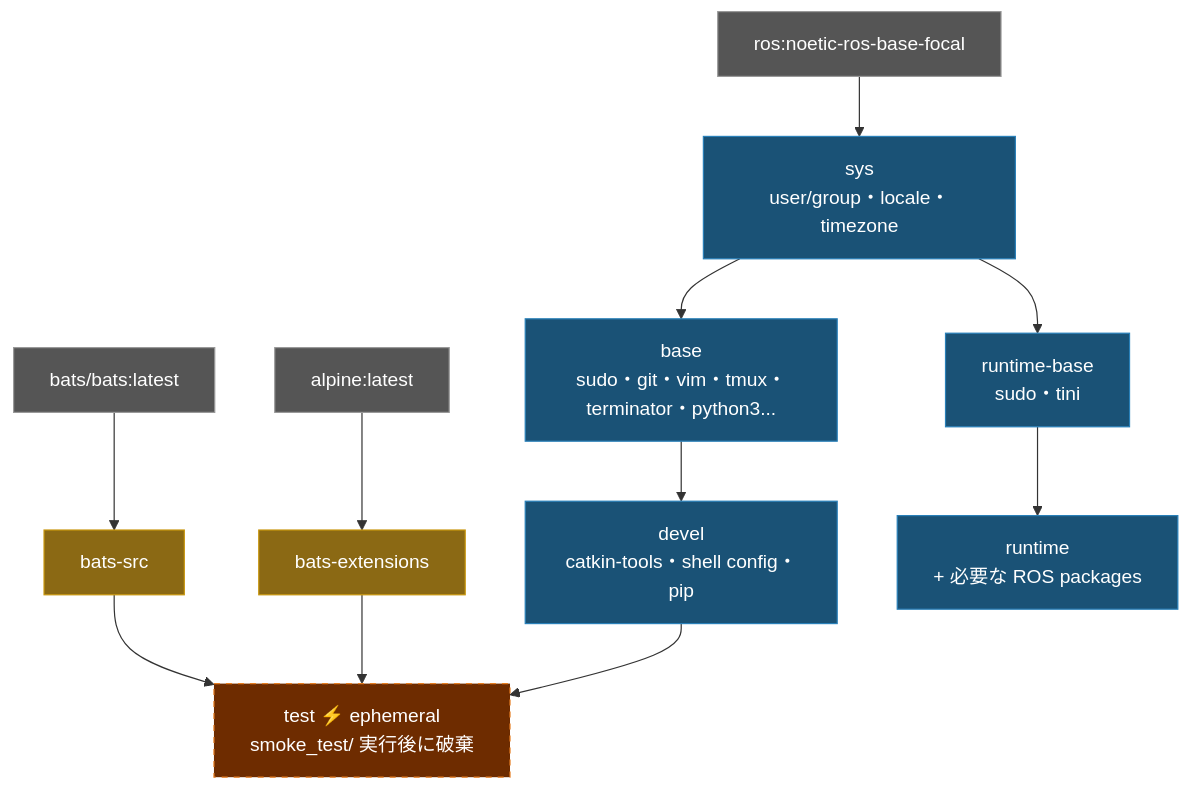
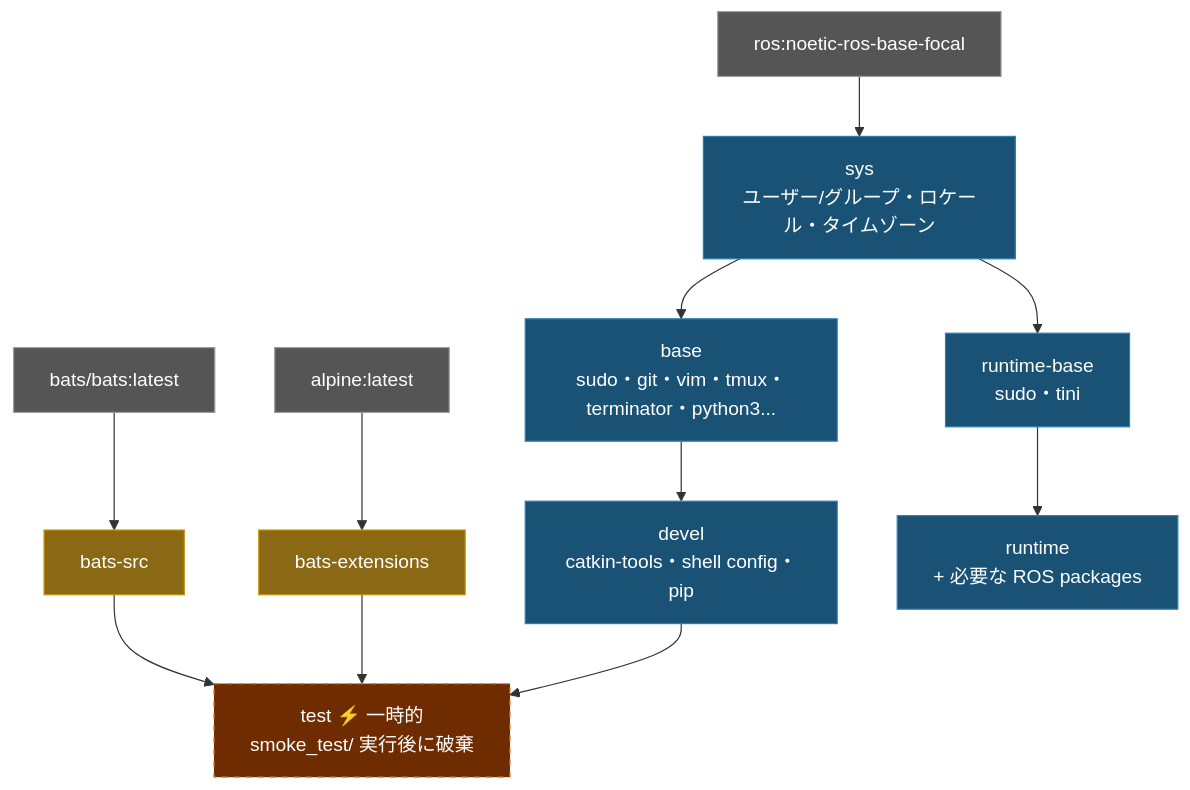
One commit to ycpss91255-docker/ros_noetic changed the diagram in doc/README.ja.md. Above: the diagram before and after it, drawn with Mermaid. The commit also changed other lines of this file and 2 other files, not shown here.

Commit message:
docs: translate English text in architecture diagrams to i18n
Replace remaining English in mermaid diagrams and tables:
- user/group・locale・timezone → translated
- ephemeral → translated
- smoke tests, discarded after build → translated
- Dockerfile Stages → translated

````diff
--- a/doc/README.ja.md
+++ b/doc/README.ja.md
@@ -234,26 +234,26 @@
 ```mermaid
 graph TD
     EXT1["bats/bats:latest"]:::external
     EXT2["alpine:latest"]:::external
     EXT3["ros:noetic-ros-base-focal"]:::external
 
     EXT1 --> bats-src["bats-src"]:::tool
     EXT2 --> bats-ext["bats-extensions"]:::tool
 
-    EXT3 --> sys["sys\nuser/group・locale・timezone"]:::stage
+    EXT3 --> sys["sys\nユーザー/グループ・ロケール・タイムゾーン"]:::stage
 
     sys --> base["base\nsudo・git・vim・tmux・terminator・python3..."]:::stage
     base --> devel["devel\ncatkin-tools・shell config・pip"]:::stage
 
-    bats-src --> test["test  ⚡ ephemeral\nsmoke_test/ 実行後に破棄"]:::ephemeral
+    bats-src --> test["test  ⚡ 一時的\nsmoke_test/ 実行後に破棄"]:::ephemeral
     bats-ext --> test
     devel --> test
 
     sys --> runtime-base["runtime-base\nsudo・tini"]:::stage
     runtime-base --> runtime["runtime\n+ 必要な ROS packages"]:::stage
 
     classDef external fill:#555,color:#fff,stroke:#999
     classDef tool fill:#8B6914,color:#fff,stroke:#c8960c
     classDef stage fill:#1a5276,color:#fff,stroke:#2980b9
     classDef ephemeral fill:#6e2c00,color:#fff,stroke:#e67e22,stroke-dasharray:5 5
 ```
````
